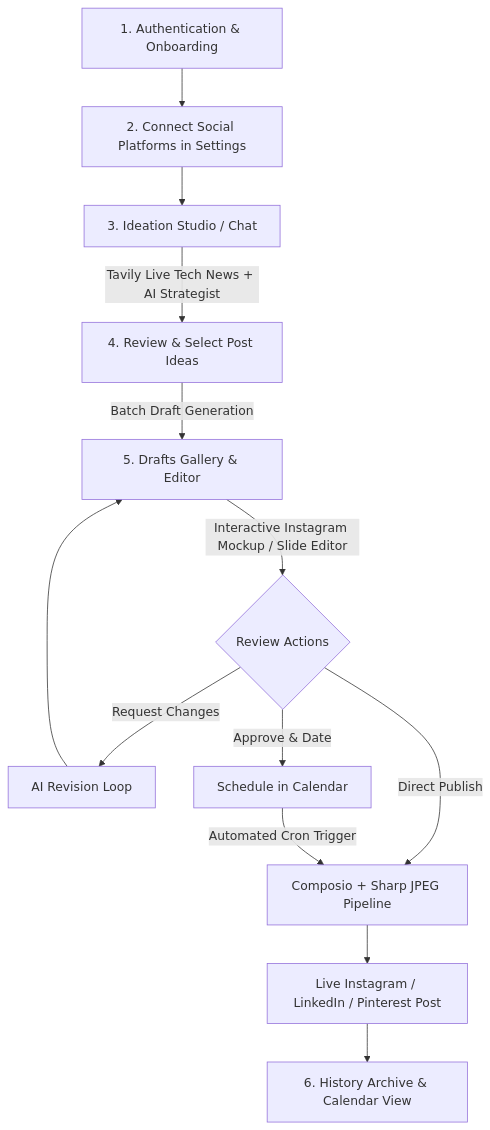
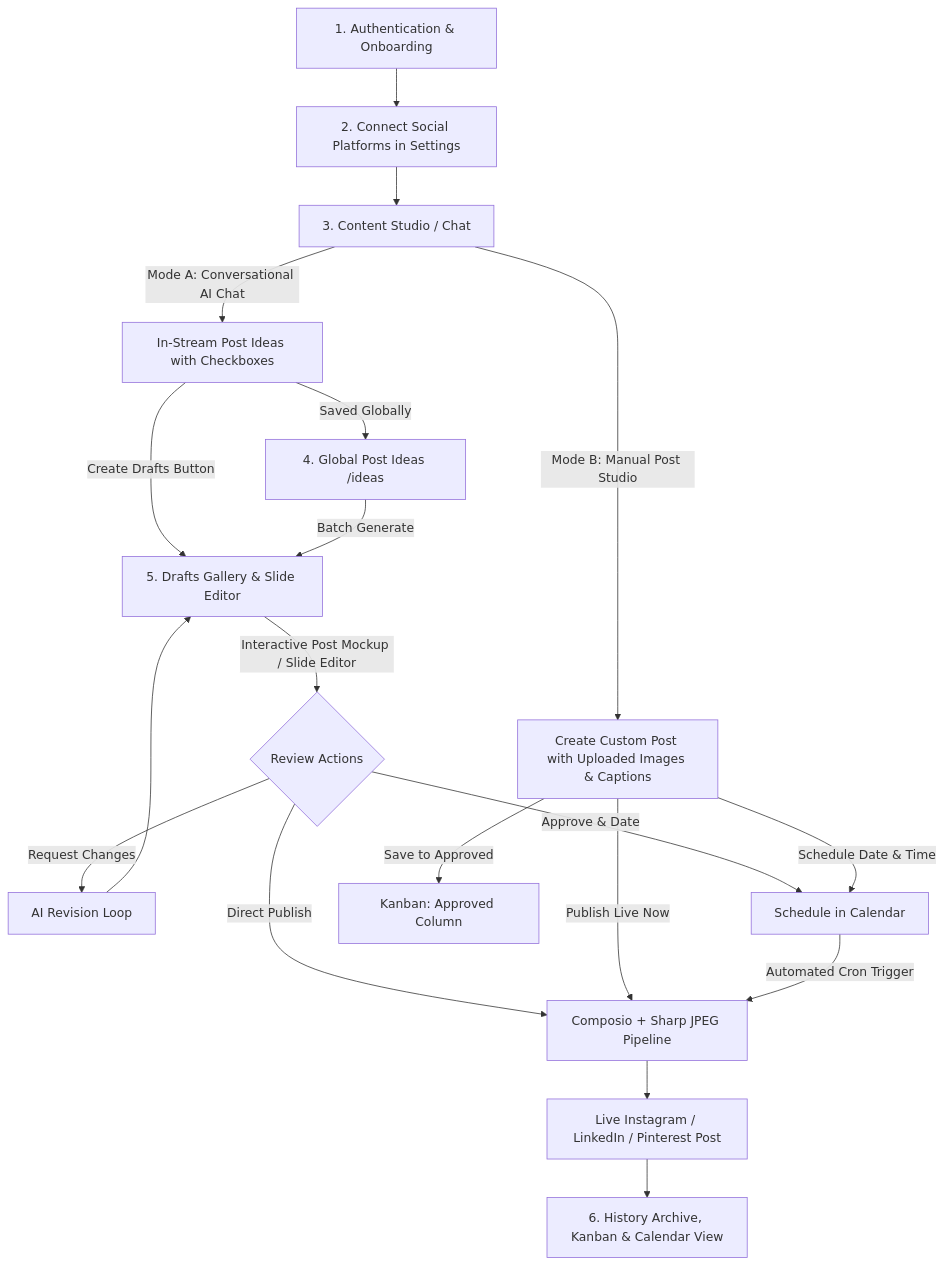
Before and after one commit to Nowonwards/Regardless: the diagram in USER_WORKFLOW_GUIDE.md, drawn with Mermaid. The commit also changed other lines of this file and 6 other files, not shown here.

Commit message:
feat: add conversational AI chat with in-stream idea cards and manual post studio with direct scheduling

````diff
--- a/USER_WORKFLOW_GUIDE.md
+++ b/USER_WORKFLOW_GUIDE.md
@@ -11,15 +11,21 @@
 ```mermaid
 graph TD
     A[1. Authentication & Onboarding] --> B[2. Connect Social Platforms in Settings]
-    B --> C[3. Ideation Studio / Chat]
-    C -->|Tavily Live Tech News + AI Strategist| D[4. Review & Select Post Ideas]
-    D -->|Batch Draft Generation| E[5. Drafts Gallery & Editor]
-    E -->|Interactive Instagram Mockup / Slide Editor| F{Review Actions}
+    B --> C[3. Content Studio / Chat]
+    C -->|Mode A: Conversational AI Chat| D[In-Stream Post Ideas with Checkboxes]
+    D -->|Create Drafts Button| E[5. Drafts Gallery & Slide Editor]
+    D -->|Saved Globally| D2[4. Global Post Ideas /ideas]
+    D2 -->|Batch Generate| E
+    E -->|Interactive Post Mockup / Slide Editor| F{Review Actions}
     F -->|Request Changes| G[AI Revision Loop]
     G --> E
     F -->|Approve & Date| H[Schedule in Calendar]
     F -->|Direct Publish| I[Composio + Sharp JPEG Pipeline]
+    C -->|Mode B: Manual Post Studio| M[Create Custom Post with Uploaded Images & Captions]
+    M -->|Save to Approved| N[Kanban: Approved Column]
+    M -->|Schedule Date & Time| H
+    M -->|Publish Live Now| I
     H -->|Automated Cron Trigger| I
     I --> J[Live Instagram / LinkedIn / Pinterest Post]
-    J --> K[6. History Archive & Calendar View]
+    J --> K[6. History Archive, Kanban & Calendar View]
 ```
````
